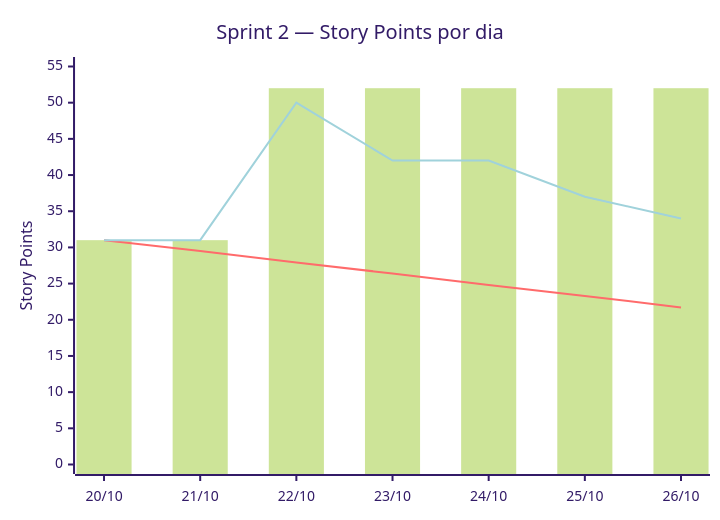
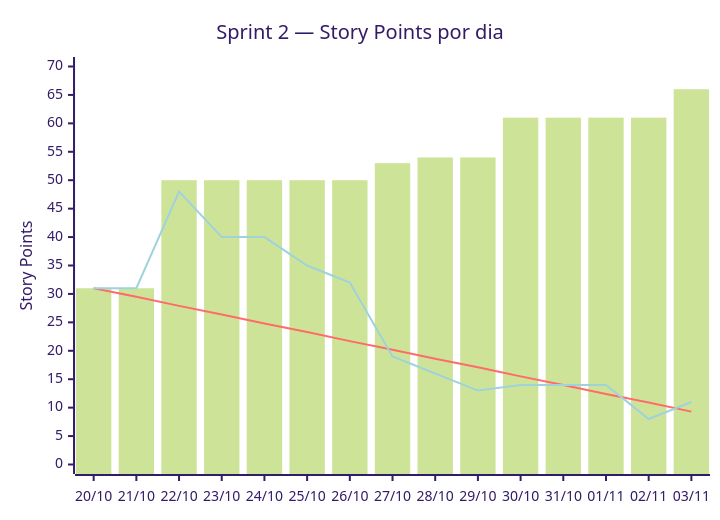
One commit to DEVassos/ecopulse-app changed the diagram in docs/sprints/sprint-2/burndown.md. Above: the diagram before and after it, drawn with Mermaid (forest theme). The commit also changed other lines of this file, not shown here.

````diff
--- a/docs/sprints/sprint-2/burndown.md
+++ b/docs/sprints/sprint-2/burndown.md
@@ -5,9 +5,9 @@
 ```mermaid
 xychart-beta
     title "Sprint 2 — Story Points por dia"
-    x-axis ["20/10", "21/10", "22/10", "23/10", "24/10", "25/10", "26/10"]
-    y-axis "Story Points" 0 --> 55
-    bar [31, 31, 52, 52, 52, 52, 52]
-    line [31, 29.5, 27.9, 26.4, 24.8, 23.3, 21.7]
-    line [31, 31, 50, 42, 42, 37, 34]
+    x-axis ["20/10", "21/10", "22/10", "23/10", "24/10", "25/10", "26/10", "27/10", "28/10", "29/10", "30/10", "31/10", "01/11", "02/11", "03/11"]
+    y-axis "Story Points" 0 --> 70
+    bar [31, 31, 50, 50, 50, 50, 50, 53, 54, 54, 61, 61, 61, 61, 66]
+    line [31, 29.5, 27.9, 26.4, 24.8, 23.3, 21.7, 20.2, 18.6, 17.1, 15.5, 14, 12.4, 10.9, 9.3]
+    line [31, 31, 48, 40, 40, 35, 32, 19, 16, 13, 14, 14, 14, 8, 11]
 ```
````
